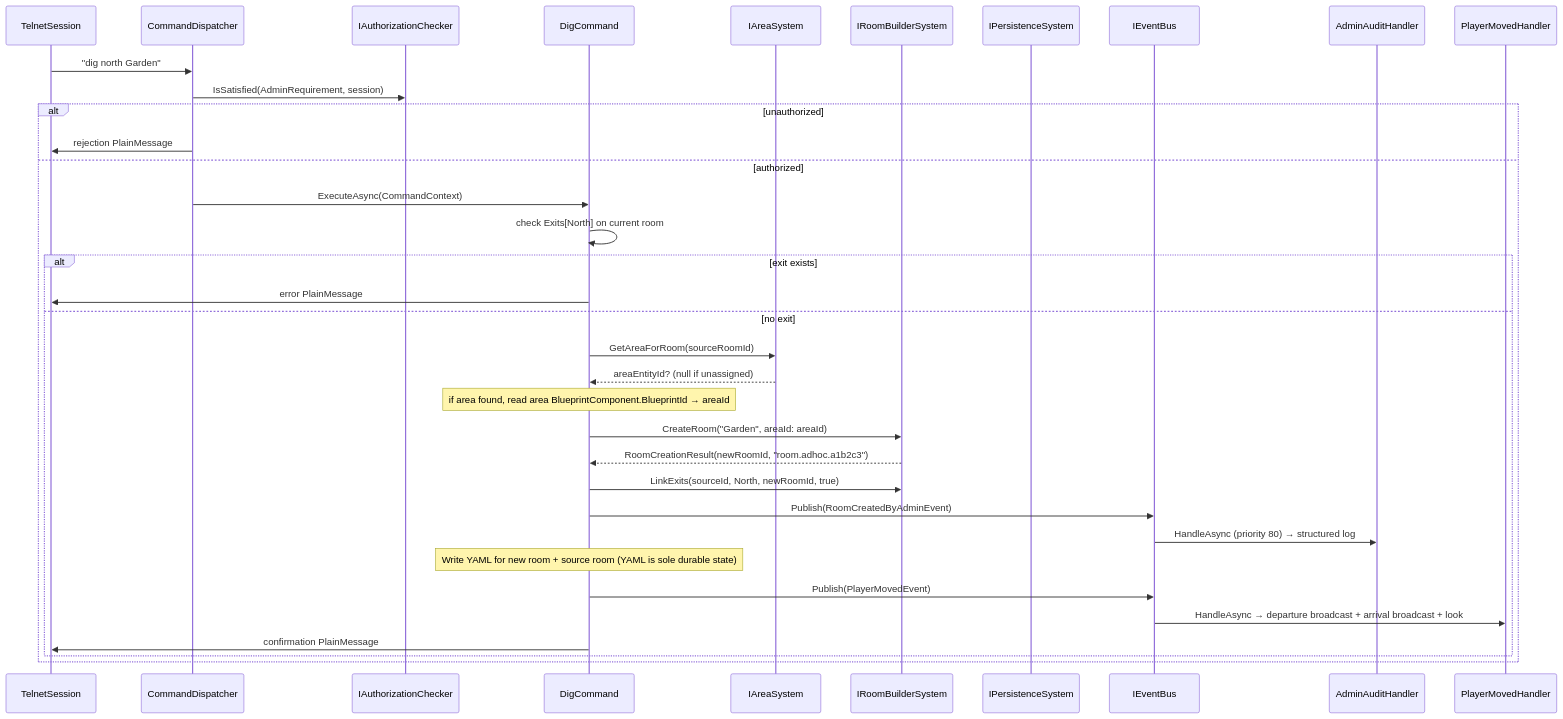
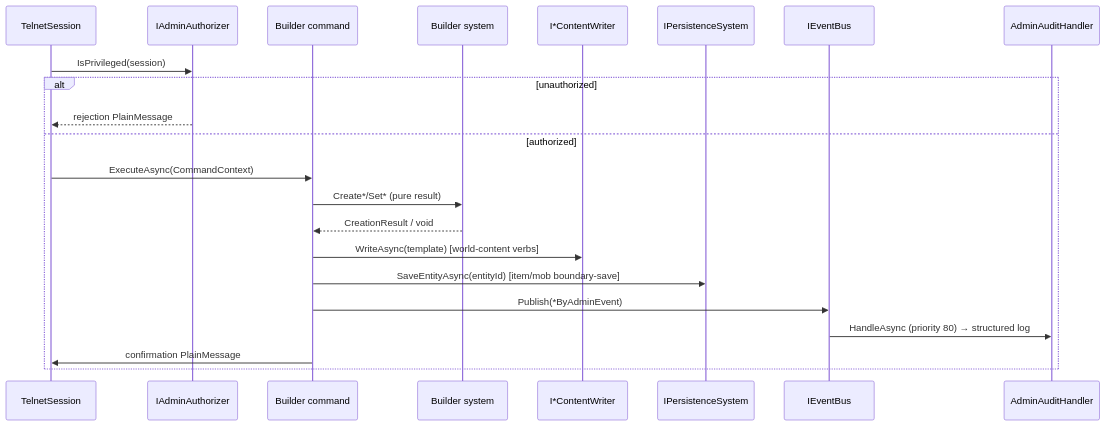
One commit to dmbyer/Hedron changed the diagram in docs/architecture/flows/flow-08-admin-room-creation.md. Above: the diagram before and after it, drawn with Mermaid. The commit also changed other lines of this file and 182 other files, not shown here.

````diff
--- a/docs/architecture/flows/flow-08-admin-room-creation.md
+++ b/docs/architecture/flows/flow-08-admin-room-creation.md
@@ -9,38 +11,25 @@
 ```mermaid
 sequenceDiagram
     participant Sess as TelnetSession
-    participant CD as CommandDispatcher
-    participant Auth as IAuthorizationChecker
-    participant Cmd as DigCommand
-    participant AS as IAreaSystem
-    participant RBS as IRoomBuilderSystem
+    participant Auth as IAdminAuthorizer
+    participant Cmd as Builder command
+    participant Sys as Builder system
+    participant W as I*ContentWriter
     participant PSys as IPersistenceSystem
     participant Bus as IEventBus
     participant Audit as AdminAuditHandler
-    participant PMH as PlayerMovedHandler
 
-    Sess->>CD: "dig north Garden"
-    CD->>Auth: IsSatisfied(AdminRequirement, session)
+    Sess->>Auth: IsPrivileged(session)
     alt unauthorized
-        CD->>Sess: rejection PlainMessage
+        Auth-->>Sess: rejection PlainMessage
     else authorized
-        CD->>Cmd: ExecuteAsync(CommandContext)
-        Cmd->>Cmd: check Exits[North] on current room
-        alt exit exists
-            Cmd->>Sess: error PlainMessage
-        else no exit
-            Cmd->>AS: GetAreaForRoom(sourceRoomId)
-            AS-->>Cmd: areaEntityId? (null if unassigned)
-            Note over Cmd: if area found, read area BlueprintComponent.BlueprintId → areaId
-            Cmd->>RBS: CreateRoom("Garden", areaId: areaId)
-            RBS-->>Cmd: RoomCreationResult(newRoomId, "room.adhoc.a1b2c3")
-            Cmd->>RBS: LinkExits(sourceId, North, newRoomId, true)
-            Cmd->>Bus: Publish(RoomCreatedByAdminEvent)
-            Bus->>Audit: HandleAsync (priority 80) → structured log
-            Note over Cmd: Write YAML for new room + source room (YAML is sole durable state)
-            Cmd->>Bus: Publish(PlayerMovedEvent)
-            Bus->>PMH: HandleAsync → departure broadcast + arrival broadcast + look
-            Cmd->>Sess: confirmation PlainMessage
-        end
+        Sess->>Cmd: ExecuteAsync(CommandContext)
+        Cmd->>Sys: Create*/Set* (pure result)
+        Sys-->>Cmd: CreationResult / void
+        Cmd->>W: WriteAsync(template) [world-content verbs]
+        Cmd->>PSys: SaveEntityAsync(entityId) [item/mob boundary-save]
+        Cmd->>Bus: Publish(*ByAdminEvent)
+        Bus->>Audit: HandleAsync (priority 80) → structured log
+        Cmd->>Sess: confirmation PlainMessage
     end
 ```
````
